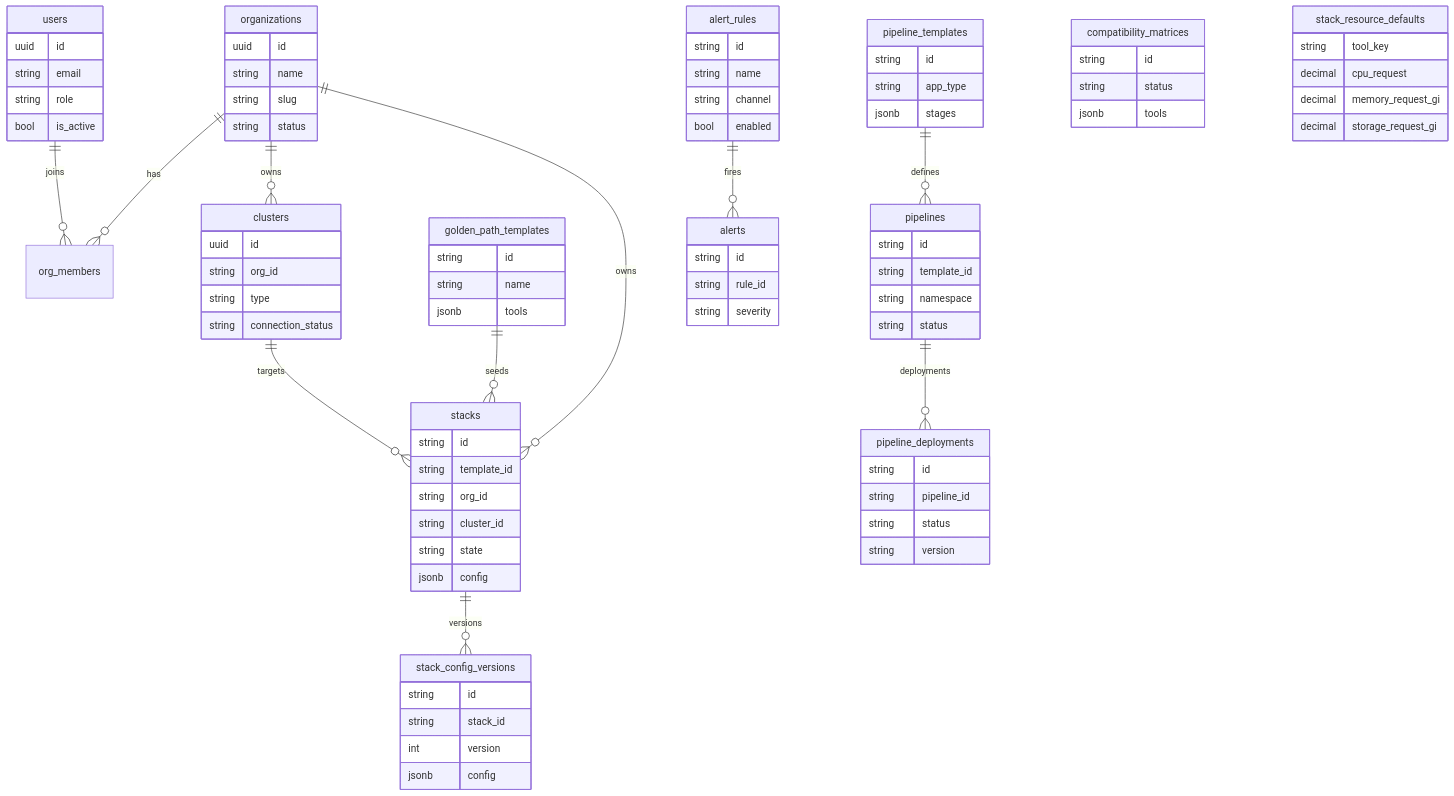
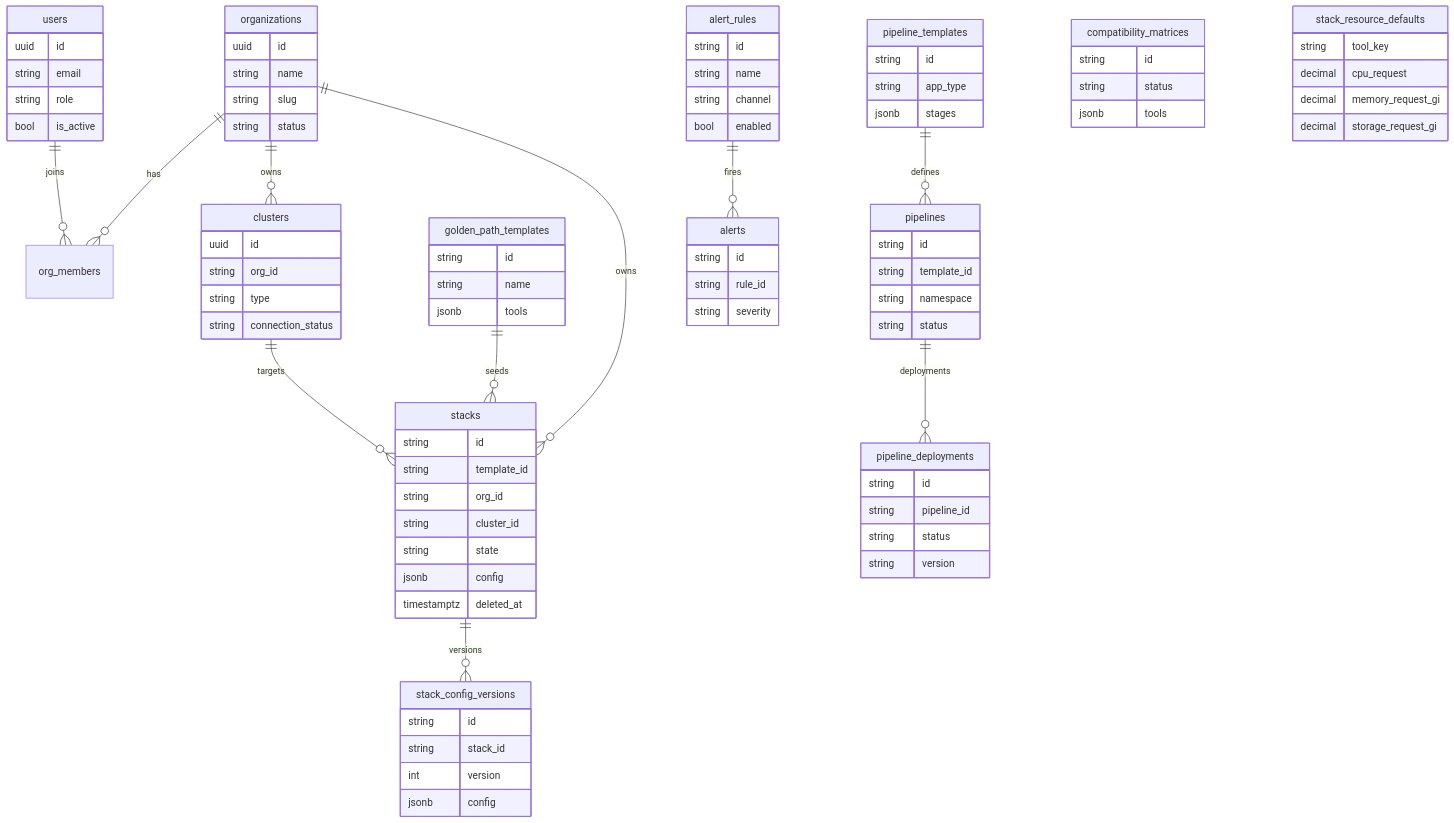
The fourth of 7 diagrams in docs/20_아키텍처/Nullus 상세 기능 명세 및 시스템 아키텍처_v0.2.md (cloud-nullus/nullus), drawn with Mermaid before and after one commit. The commit also changed other lines of this file and 1 other file, not shown here.

```diff
--- a/docs/20_아키텍처/Nullus 상세 기능 명세 및 시스템 아키텍처_v0.2.md
+++ b/docs/20_아키텍처/Nullus 상세 기능 명세 및 시스템 아키텍처_v0.2.md
@@ -391,6 +391,7 @@
     string cluster_id
     string state
     jsonb config
+    timestamptz deleted_at
   }
   stack_config_versions {
     string id
```
